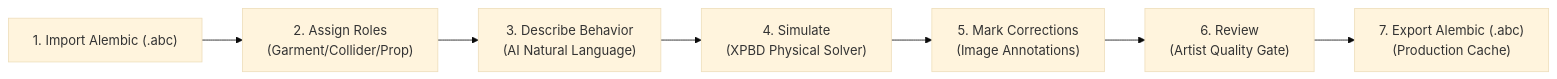
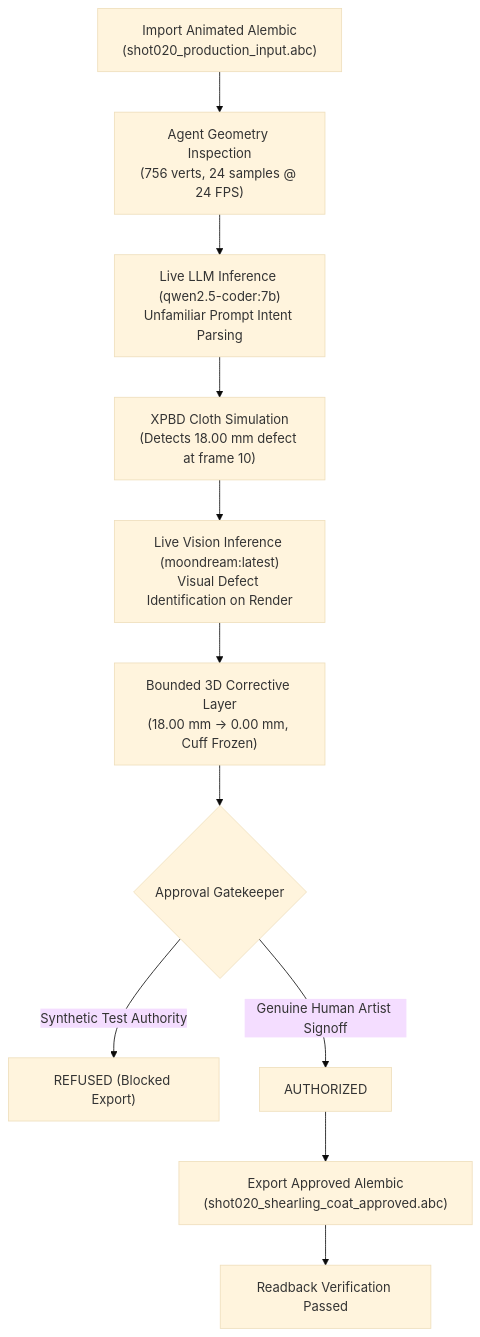
Before and after one commit to satyajit8625/Autonomous_CFX_Studio: the diagram in Autonomous_CFX_Studio_Review.md, drawn with Mermaid (base theme). The commit also changed other lines of this file and 36 other files, not shown here.

Commit message:
feat(v4.0): Real local model AI agent, vision inspection, 24 FPS playblasts, and human approval gating

````diff
--- a/Autonomous_CFX_Studio_Review.md
+++ b/Autonomous_CFX_Studio_Review.md
@@ -263,9 +84,13 @@
 ```mermaid
-flowchart LR
-    A["1. Import Alembic (.abc)"] --> B["2. Assign Roles<br/>(Garment/Collider/Prop)"]
-    B --> C["3. Describe Behavior<br/>(AI Natural Language)"]
-    C --> D["4. Simulate<br/>(XPBD Physical Solver)"]
-    D --> E["5. Mark Corrections<br/>(Image Annotations)"]
-    E --> F["6. Review<br/>(Artist Quality Gate)"]
-    F --> G["7. Export Alembic (.abc)<br/>(Production Cache)"]
+flowchart TD
+    A["Import Animated Alembic<br/>(shot020_production_input.abc)"] --> B["Agent Geometry Inspection<br/>(756 verts, 24 samples @ 24 FPS)"]
+    B --> C["Live LLM Inference (qwen2.5-coder:7b)<br/>Unfamiliar Prompt Intent Parsing"]
+    C --> D["XPBD Cloth Simulation<br/>(Detects 18.00 mm defect at frame 10)"]
+    D --> E["Live Vision Inference (moondream:latest)<br/>Visual Defect Identification on Render"]
+    E --> F["Bounded 3D Corrective Layer<br/>(18.00 mm → 0.00 mm, Cuff Frozen)"]
+    F --> G{"Approval Gatekeeper"}
+    G -- "Synthetic Test Authority" --> H["REFUSED (Blocked Export)"]
+    G -- "Genuine Human Artist Signoff" --> I["AUTHORIZED"]
+    I --> J["Export Approved Alembic<br/>(shot020_shearling_coat_approved.abc)"]
+    J --> K["Readback Verification Passed"]
 ```
````
